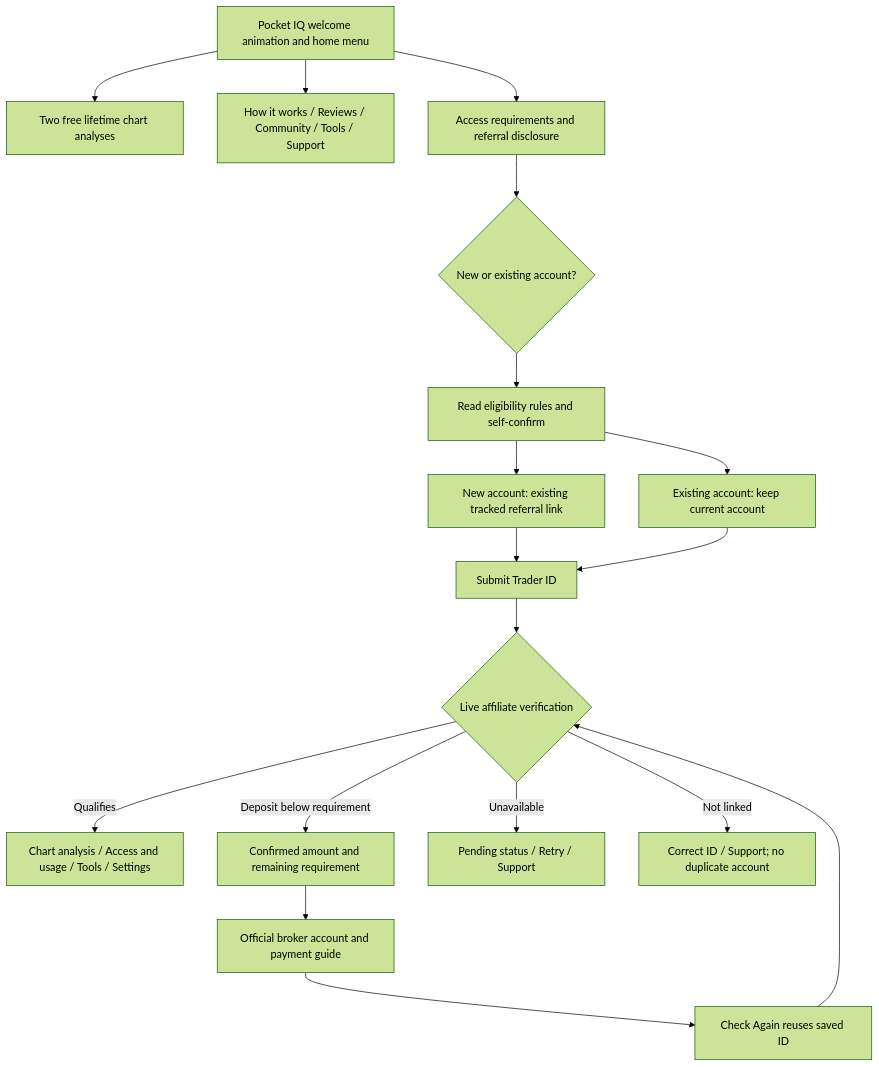
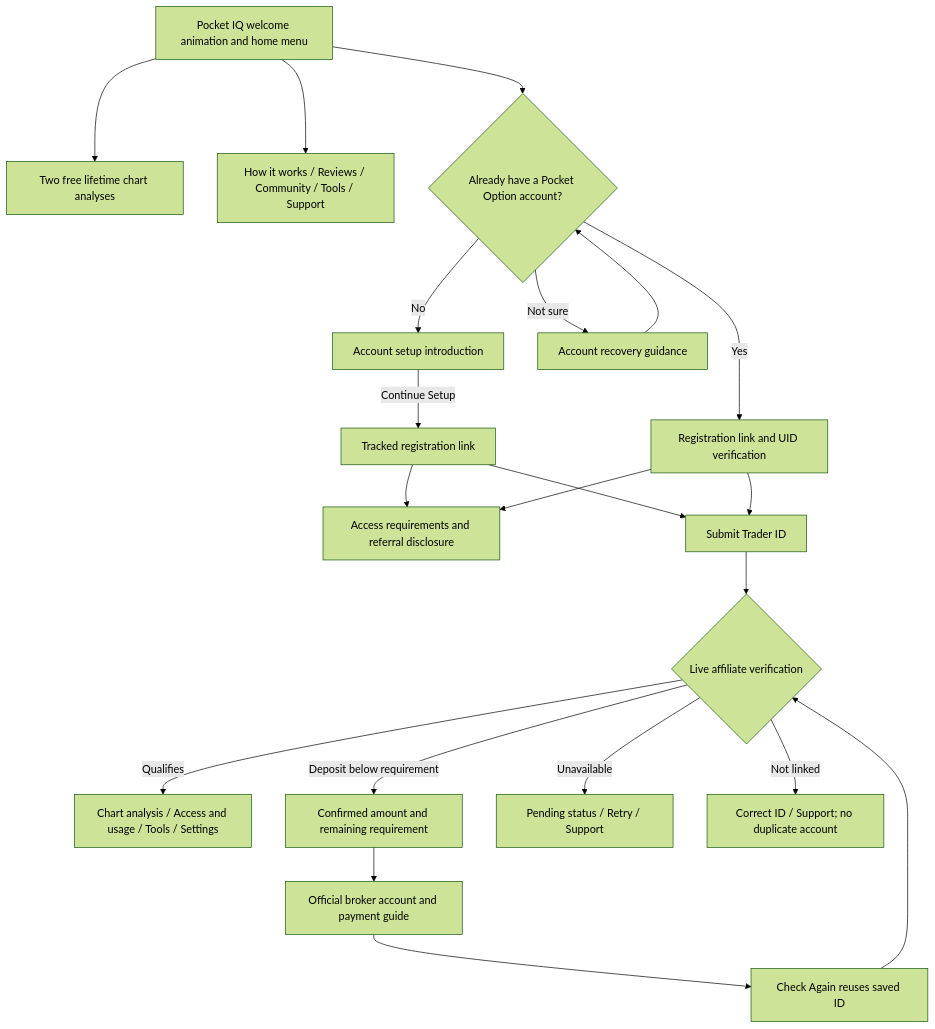
Before and after one commit to neetud252-create/funnel-bot: the diagram in GO_PLUS_FLOW.md, drawn with Mermaid (forest theme). The commit also changed other lines of this file and 5 other files, not shown here.

Commit message:
Open account registration and UID verification without age confirmation (#28)

````diff
--- a/GO_PLUS_FLOW.md
+++ b/GO_PLUS_FLOW.md
@@ -5,20 +5,23 @@
 ```mermaid
 flowchart TD
   Home[Pocket IQ welcome animation and home menu] --> Trial[Two free lifetime chart analyses]
   Home --> Learn[How it works / Reviews / Community / Tools / Support]
-  Home --> Requirements[Access requirements and referral disclosure]
-  Requirements --> Kind{New or existing account?}
-  Kind --> Eligibility[Read eligibility rules and self-confirm]
-  Eligibility --> New[New account: existing tracked referral link]
-  Eligibility --> Existing[Existing account: keep current account]
+  Home --> Kind{Already have a Pocket Option account?}
+  Kind -->|No| Intro[Account setup introduction]
+  Intro -->|Continue Setup| New[Tracked registration link]
+  Kind -->|Yes| Existing[Registration link and UID verification]
+  Kind -->|Not sure| AccountHelp[Account recovery guidance]
+  AccountHelp --> Kind
+  New --> Requirements[Access requirements and referral disclosure]
+  Existing --> Requirements
   New --> ID[Submit Trader ID]
   Existing --> ID
   ID --> Check{Live affiliate verification}
   Check -->|Qualifies| Dashboard[Chart analysis / Access and usage / Tools / Settings]
   Check -->|Deposit below requirement| Deposit[Confirmed amount and remaining requirement]
   Deposit --> Broker[Official broker account and payment guide]
   Broker --> Recheck[Check Again reuses saved ID]
   Recheck --> Check
   Check -->|Unavailable| Retry[Pending status / Retry / Support]
   Check -->|Not linked| Help[Correct ID / Support; no duplicate account]
 ```
````
